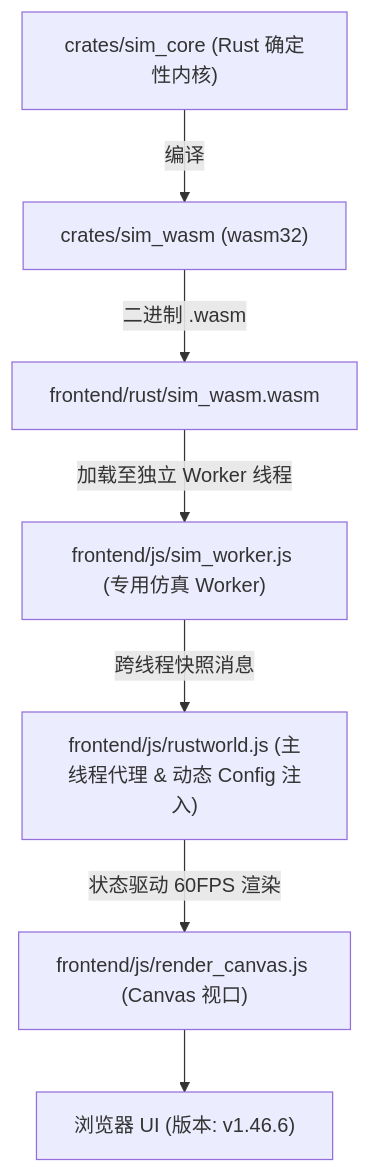
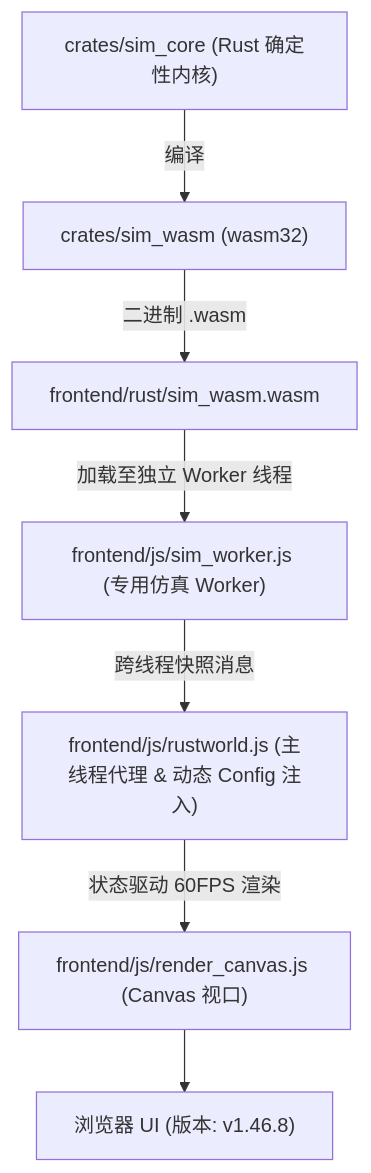
The diagram in AGENTS.md (g39088902/FlowAndAccord), drawn with Mermaid before and after one commit. The commit also changed other lines of this file and 26 other files, not shown here.

First line of the commit message:
feat(decisions): 落地 M19.1 意图类型与只读执行观察 (v1.46.7 → v1.46.8)

````diff
--- a/AGENTS.md
+++ b/AGENTS.md
@@ -59,9 +60,9 @@
 ```mermaid
 graph TD
     A["crates/sim_core (Rust 确定性内核)"] -->|编译| B["crates/sim_wasm (wasm32)"]
     B -->|二进制 .wasm| C["frontend/rust/sim_wasm.wasm"]
     C -->|加载至独立 Worker 线程| D["frontend/js/sim_worker.js (专用仿真 Worker)"]
     D -->|跨线程快照消息| E["frontend/js/rustworld.js (主线程代理 & 动态 Config 注入)"]
     E -->|状态驱动 60FPS 渲染| F["frontend/js/render_canvas.js (Canvas 视口)"]
-    F --> G["浏览器 UI (版本: v1.46.6)"]
+    F --> G["浏览器 UI (版本: v1.46.8)"]
 ```
````
